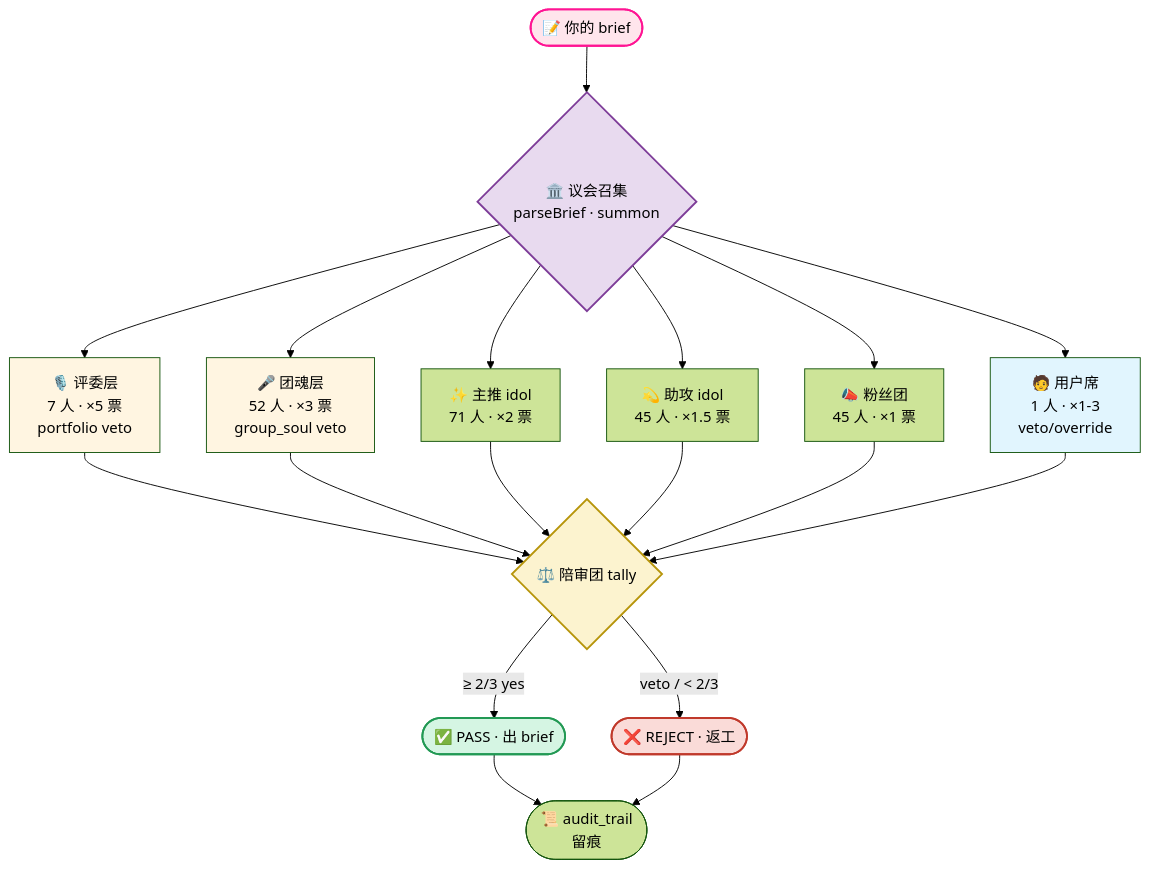
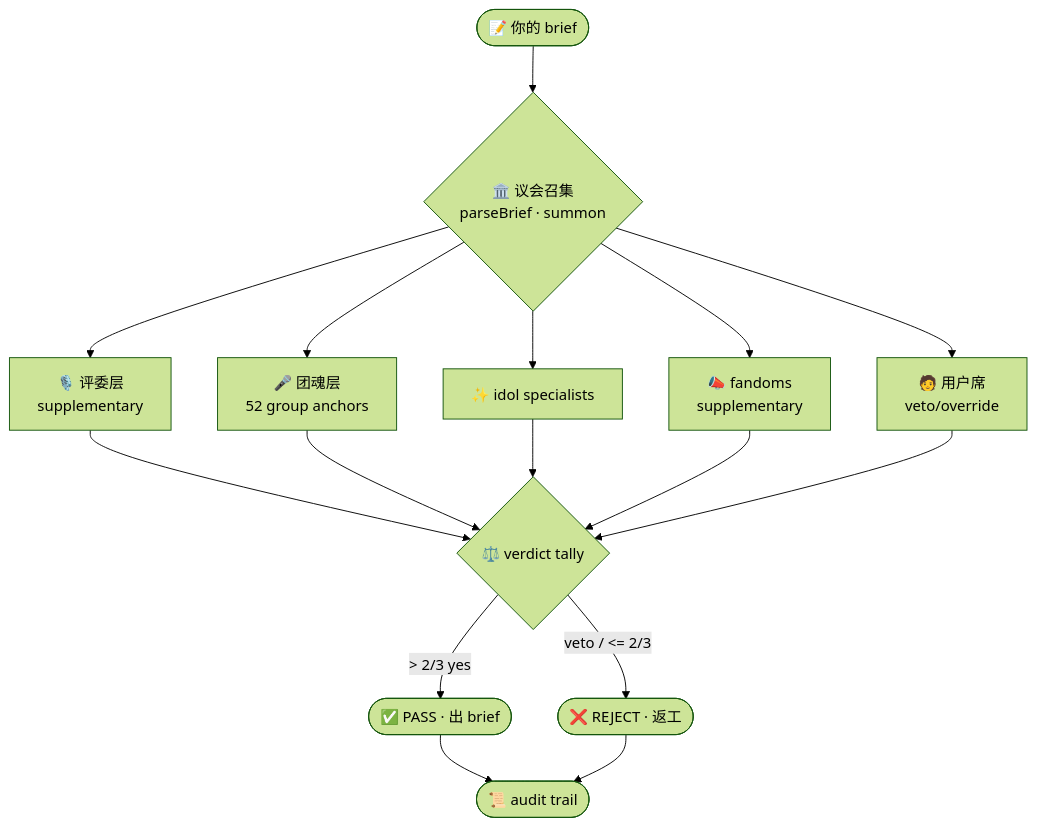
One commit to SuanFishXYY/kpop-design-system changed the diagram in README.md. Above: the diagram before and after it, drawn with Mermaid (forest theme). The commit also changed other lines of this file and 25 other files, not shown here.

````diff
--- a/README.md
+++ b/README.md
@@ -49,29 +55,18 @@
 ```mermaid
 flowchart TD
     A([📝 你的 brief]) --> B{🏛️ 议会召集<br/>parseBrief · summon}
-    B --> C1[🎙️ 评委层<br/>7 人 · ×5 票<br/>portfolio veto]
-    B --> C2[🎤 团魂层<br/>52 人 · ×3 票<br/>group_soul veto]
-    B --> C3[✨ 主推 idol<br/>71 人 · ×2 票]
-    B --> C4[💫 助攻 idol<br/>45 人 · ×1.5 票]
-    B --> C5[📣 粉丝团<br/>45 人 · ×1 票]
-    B --> C6[🧑 用户席<br/>1 人 · ×1-3<br/>veto/override]
-    C1 --> T{⚖️ 陪审团 tally}
+    B --> C1[🎙️ 评委层<br/>supplementary]
+    B --> C2[🎤 团魂层<br/>52 group anchors]
+    B --> C3[✨ idol specialists]
+    B --> C4[📣 fandoms<br/>supplementary]
+    B --> C5[🧑 用户席<br/>veto/override]
+    C1 --> T{⚖️ verdict tally}
     C2 --> T
     C3 --> T
     C4 --> T
     C5 --> T
-    C6 --> T
-    T -->|≥ 2/3 yes| P([✅ PASS · 出 brief])
-    T -->|veto / < 2/3| R([❌ REJECT · 返工])
-    P --> AT([📜 audit_trail<br/>留痕])
+    T -->|> 2/3 yes| P([✅ PASS · 出 brief])
+    T -->|veto / <= 2/3| R([❌ REJECT · 返工])
+    P --> AT([📜 audit trail])
     R --> AT
-
-    style A fill:#FFE5EC,stroke:#FF1493,stroke-width:2px
-    style B fill:#E8DAEF,stroke:#7D3C98,stroke-width:2px
-    style T fill:#FCF3CF,stroke:#B7950B,stroke-width:2px
-    style P fill:#D5F5E3,stroke:#229954,stroke-width:2px
-    style R fill:#FADBD8,stroke:#C0392B,stroke-width:2px
-    style C1 fill:#FFF5E1
-    style C2 fill:#FFF5E1
-    style C6 fill:#E1F5FE
 ```
````
